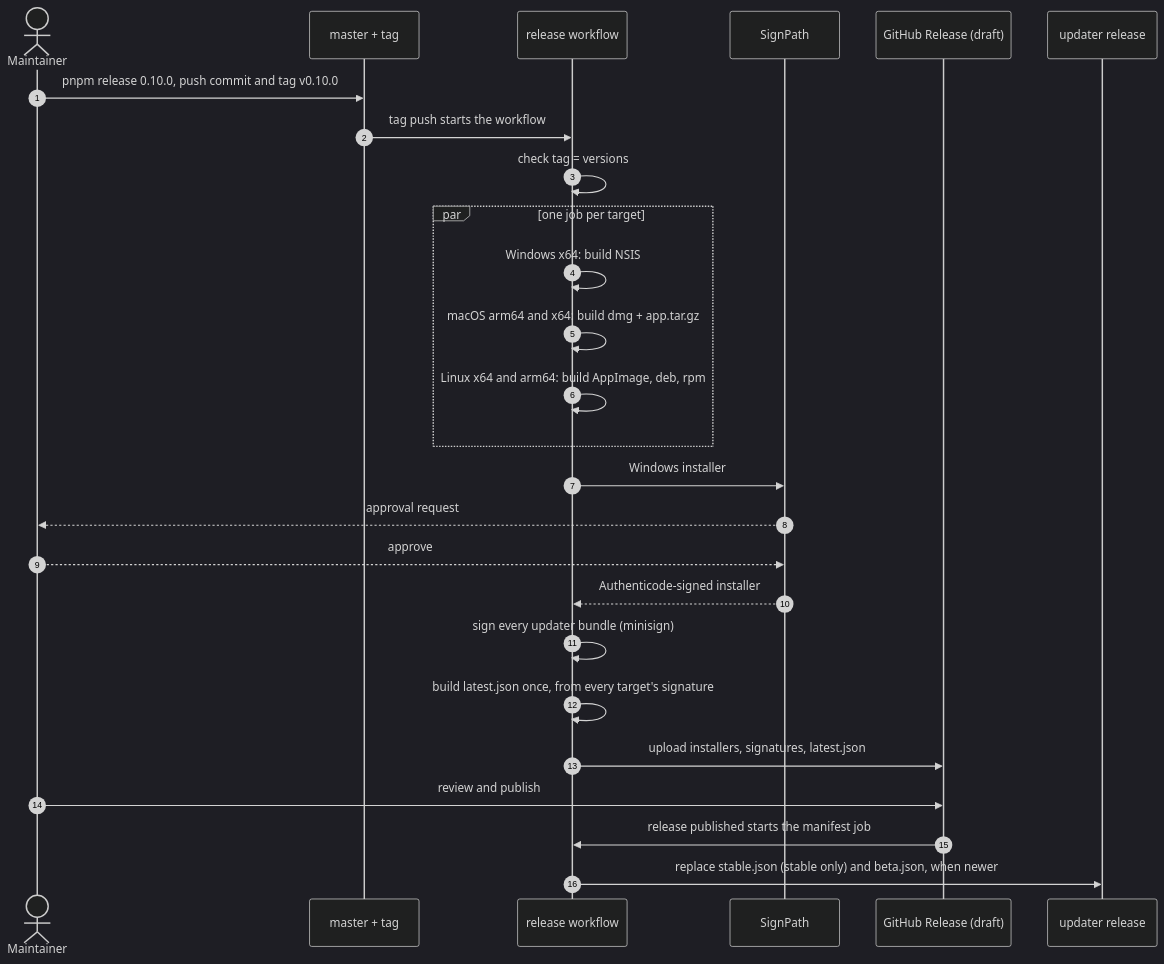
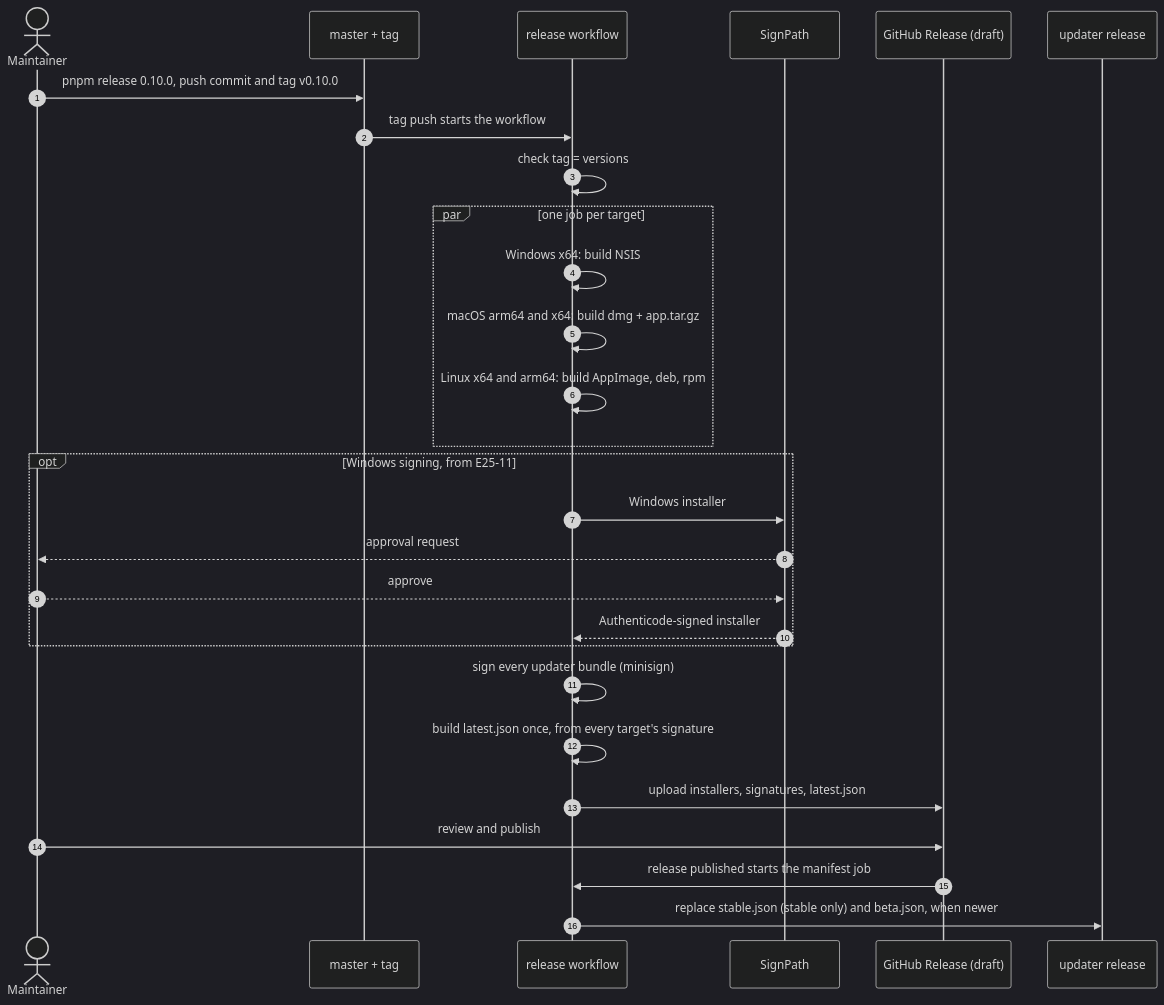
One commit to lucas-labs/lut changed the first of 2 diagrams in .docs/development/releasing.md. Above: the diagram before and after it, drawn with Mermaid (dark theme). The commit also changed other lines of this file and 3 other files, not shown here.

````diff
--- a/.docs/development/releasing.md
+++ b/.docs/development/releasing.md
@@ -57,29 +57,31 @@
 ```mermaid
 sequenceDiagram
     autonumber
     actor M as Maintainer
     participant R as master + tag
     participant W as release workflow
     participant S as SignPath
     participant G as GitHub Release (draft)
     participant U as updater release
 
     M->>R: pnpm release 0.10.0, push commit and tag v0.10.0
     R->>W: tag push starts the workflow
     W->>W: check tag = versions
     par one job per target
         W->>W: Windows x64: build NSIS
         W->>W: macOS arm64 and x64: build dmg + app.tar.gz
         W->>W: Linux x64 and arm64: build AppImage, deb, rpm
     end
-    W->>S: Windows installer
-    S-->>M: approval request
-    M-->>S: approve
-    S-->>W: Authenticode-signed installer
+    opt Windows signing, from E25-11
+        W->>S: Windows installer
+        S-->>M: approval request
+        M-->>S: approve
+        S-->>W: Authenticode-signed installer
+    end
     W->>W: sign every updater bundle (minisign)
     W->>W: build latest.json once, from every target's signature
     W->>G: upload installers, signatures, latest.json
     M->>G: review and publish
     G->>W: release published starts the manifest job
     W->>U: replace stable.json (stable only) and beta.json, when newer
 ```
````
